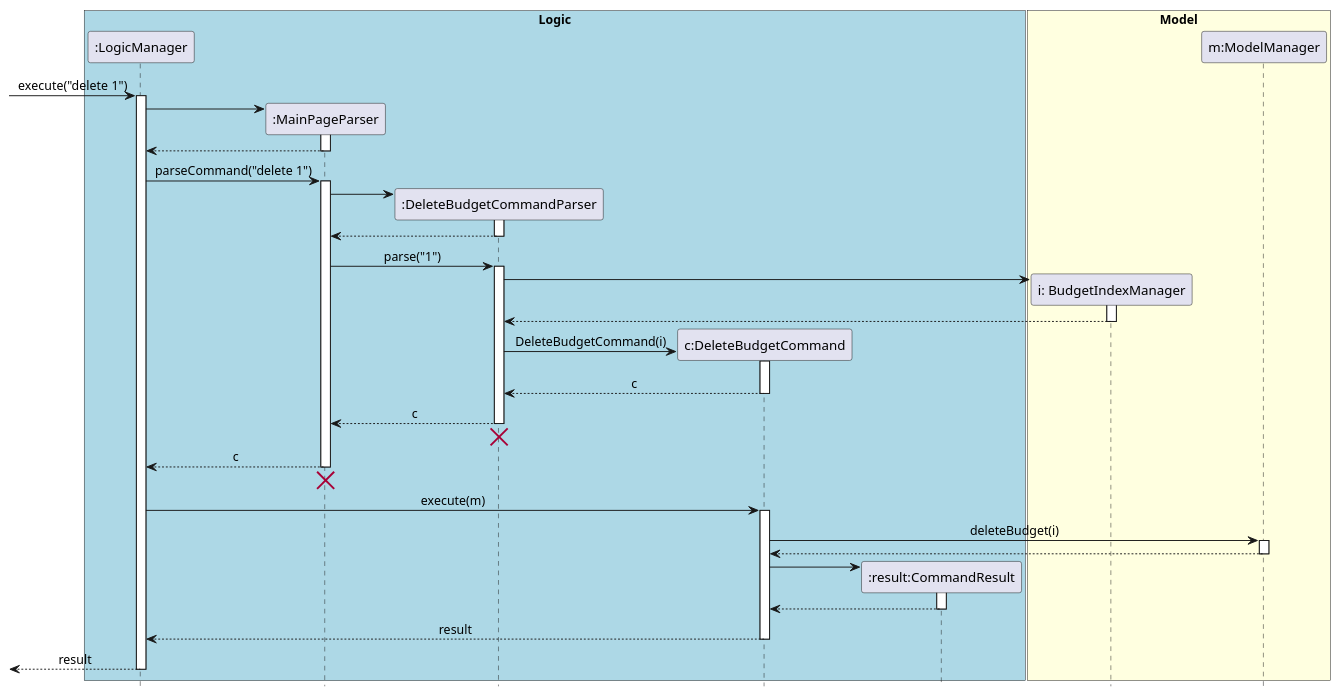
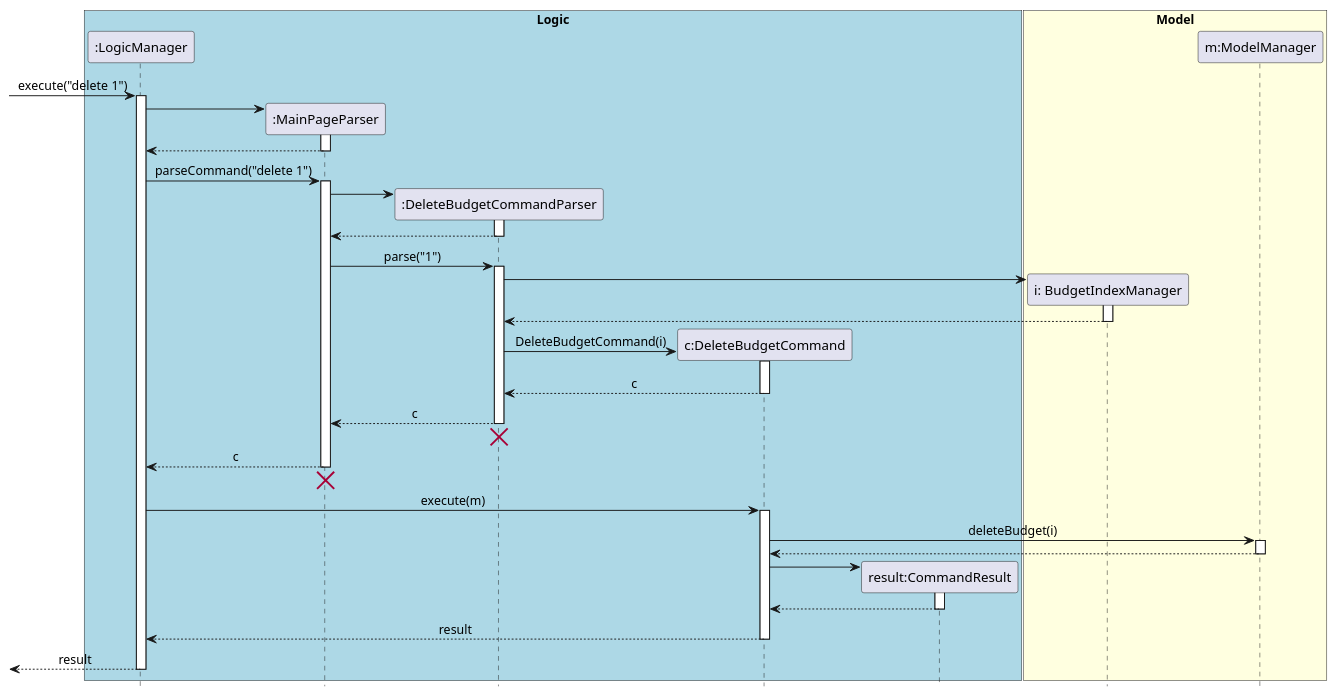
The diagram in docs/diagrams/commandsPlantUML/DeleteBudgetCommand.puml (yu-ming-chen/tp), drawn with PlantUML before and after one commit. The commit also changed 8 other files, not shown here.

Commit message:
Fix diagrams

```diff
--- a/docs/diagrams/commandsPlantUML/DeleteBudgetCommand.puml
+++ b/docs/diagrams/commandsPlantUML/DeleteBudgetCommand.puml
@@ -1,77 +1,77 @@
 @startuml
 skinparam Sequence {
     MessageAlign center
 }
 hide footbox
 box "Logic" #LightBlue
 participant ":LogicManager" as LM
 participant ":MainPageParser" as MPP
 participant ":DeleteBudgetCommandParser" as DBCP
 participant "c:DeleteBudgetCommand" as DBC
-participant ":result:CommandResult" as CR
+participant "result:CommandResult" as CR
 end box
 
 box "Model" #LightYellow
 participant "i: BudgetIndexManager" as BI
 participant "m:ModelManager" as M
 end box
 
 [-> LM : execute("delete 1")
 activate LM
 create MPP
 LM -> MPP
 activate MPP
 LM <-- MPP
 deactivate MPP
 LM -> MPP : parseCommand("delete 1")
 activate MPP
 
 create DBCP
 MPP -> DBCP
 activate DBCP
 MPP <-- DBCP
 deactivate DBCP
 MPP -> DBCP : parse("1")
 activate DBCP
 
 create BI
 DBCP -> BI
 activate BI
 DBCP <-- BI
 deactivate BI
 
 create DBC
 DBCP -> DBC : DeleteBudgetCommand(i)
 activate DBC
 DBCP <-- DBC : c
 deactivate DBC
 MPP <-- DBCP : c
 deactivate DBCP
 MPP <-[hidden]- DBCP
 destroy DBCP
 
 
 LM <-- MPP : c
 deactivate MPP
 LM <-[hidden]- MPP
 destroy MPP
 
 LM -> DBC : execute(m)
 activate DBC
 DBC -> M : deleteBudget(i)
 activate M
 DBC <-- M
 deactivate M
 
 create CR
 DBC -> CR
 activate CR
 DBC <-- CR
 deactivate CR
 
 LM <-- DBC : result
 deactivate DBC
 [<-- LM : result
 deactivate LM
 
 @enduml
```
